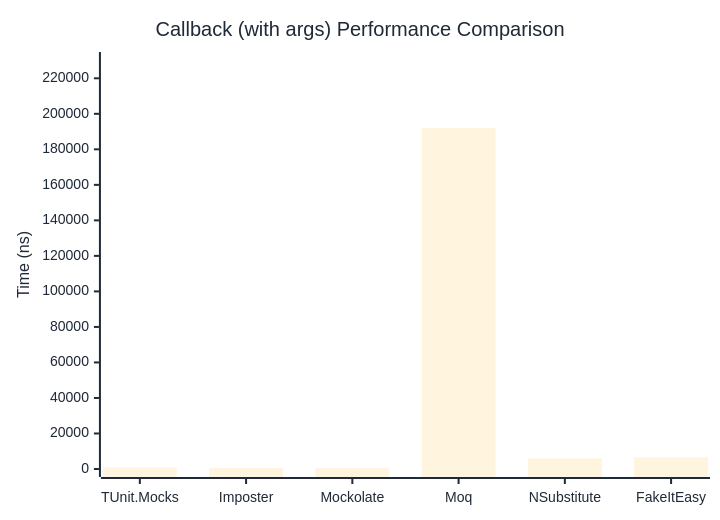
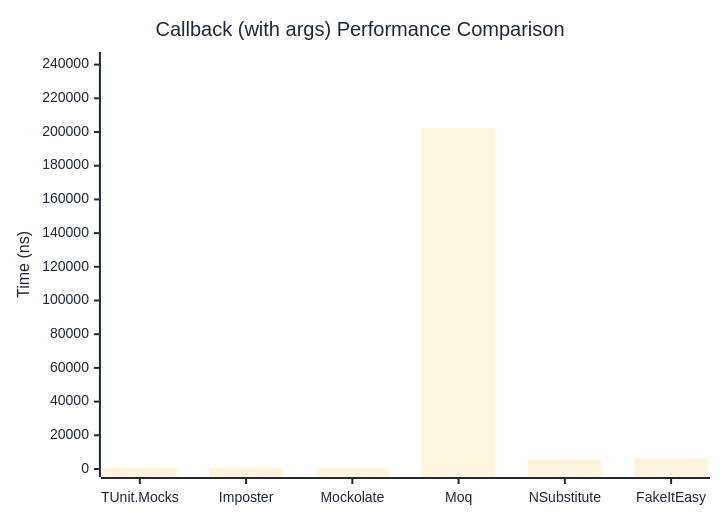
The second of 2 diagrams in docs/docs/benchmarks/mocks/Callback.md (thomhurst/TUnit), drawn with Mermaid before and after one commit. The commit also changed other lines of this file and 14 other files, not shown here.

````diff
--- a/docs/docs/benchmarks/mocks/Callback.md
+++ b/docs/docs/benchmarks/mocks/Callback.md
@@ -71,27 +71,27 @@
 ```mermaid
 %%{init: {
   'theme':'base',
   'themeVariables': {
     'primaryColor': '#2563eb',
     'primaryTextColor': '#1f2937',
     'primaryBorderColor': '#1e40af',
     'lineColor': '#6b7280',
     'secondaryColor': '#7c3aed',
     'tertiaryColor': '#dc2626',
     'background': '#ffffff',
     'pie1': '#2563eb',
     'pie2': '#7c3aed',
     'pie3': '#dc2626',
     'pie4': '#f59e0b',
     'pie5': '#10b981',
     'pie6': '#06b6d4',
     'pie7': '#ec4899',
     'pie8': '#6366f1'
   }
 }}%%
 xychart-beta
   title "Callback (with args) Performance Comparison"
   x-axis ["TUnit.Mocks", "Imposter", "Mockolate", "Moq", "NSubstitute", "FakeItEasy"]
-  y-axis "Time (ns)" 0 --> 230300
-  bar [860.3, 683.5, 421.4, 191916, 5938.7, 6562.4]
+  y-axis "Time (ns)" 0 --> 242740
+  bar [793, 526.8, 393.6, 202283.3, 5607, 6405]
 ```
````
